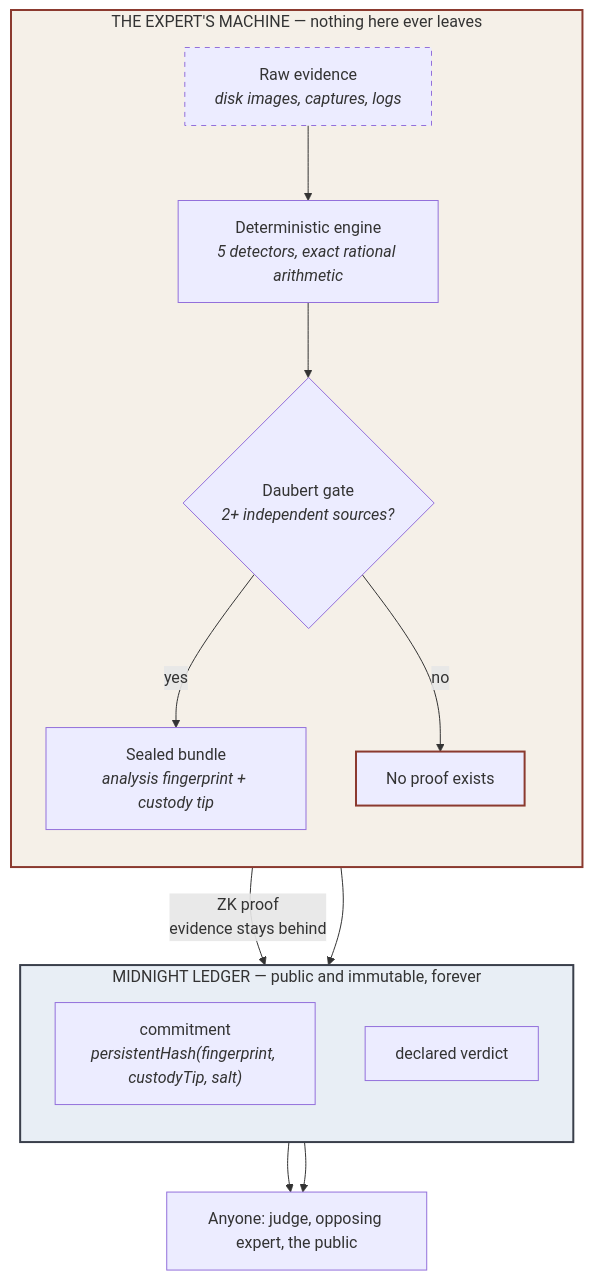
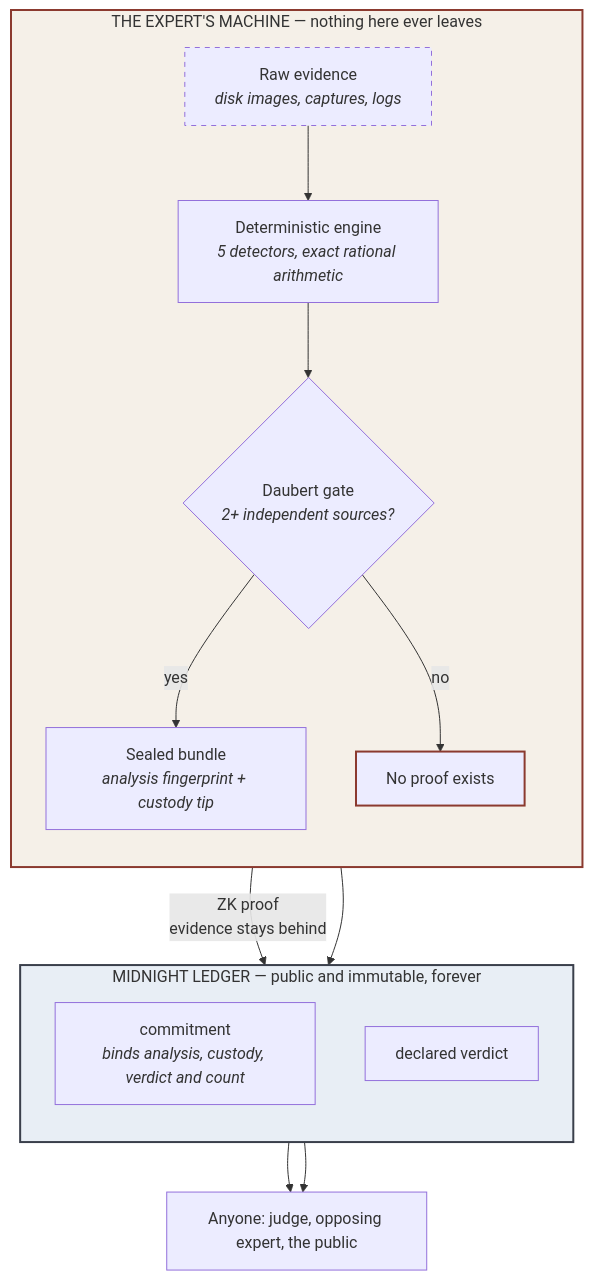
Before and after one commit to annatchijova/velo: the diagram in README.md, drawn with Mermaid. The commit also changed 5 other files, not shown here.

First line of the commit message:
Fix a vacuous constraint: bind verdict and corroboration count into the commitment

````diff
--- a/README.md
+++ b/README.md
@@ -37,33 +37,33 @@
 ```mermaid
 flowchart TB
     subgraph local["THE EXPERT'S MACHINE — nothing here ever leaves"]
         direction TB
         EV["Raw evidence<br/><i>disk images, captures, logs</i>"]
         ENG["Deterministic engine<br/><i>5 detectors, exact rational arithmetic</i>"]
         GATE{"Daubert gate<br/><i>2+ independent sources?</i>"}
         SEAL["Sealed bundle<br/><i>analysis fingerprint + custody tip</i>"]
         NOPROOF["No proof exists"]
 
         EV --> ENG --> GATE
         GATE -->|"yes"| SEAL
         GATE -->|"no"| NOPROOF
     end
 
     subgraph chain["MIDNIGHT LEDGER — public and immutable, forever"]
         direction TB
-        COMMIT["commitment<br/><i>persistentHash(fingerprint, custodyTip, salt)</i>"]
+        COMMIT["commitment<br/><i>binds analysis, custody, verdict and count</i>"]
         VERDICT["declared verdict"]
     end
 
     SEAL -->|"ZK proof<br/>evidence stays behind"| COMMIT
     SEAL --> VERDICT
 
     ANYONE["Anyone: judge, opposing expert, the public"]
     COMMIT --> ANYONE
     VERDICT --> ANYONE
 
     style local fill:#f5f0e8,stroke:#8B3A2F,stroke-width:2px
     style chain fill:#e8eef5,stroke:#3A3F4B,stroke-width:2px
     style NOPROOF stroke:#8B3A2F,stroke-width:2px
     style EV stroke-dasharray: 5 5
 ```
````
